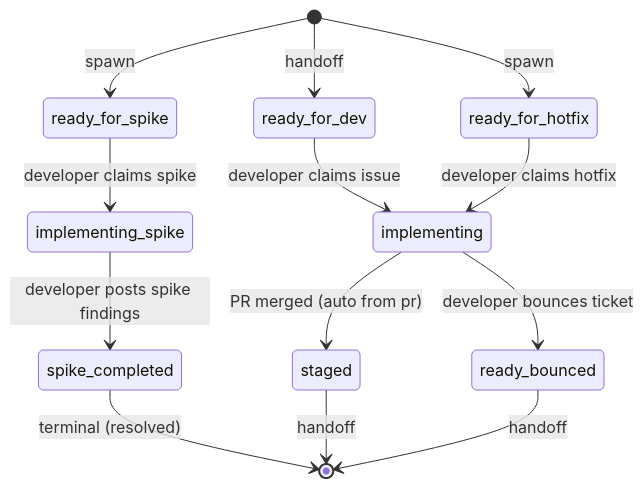
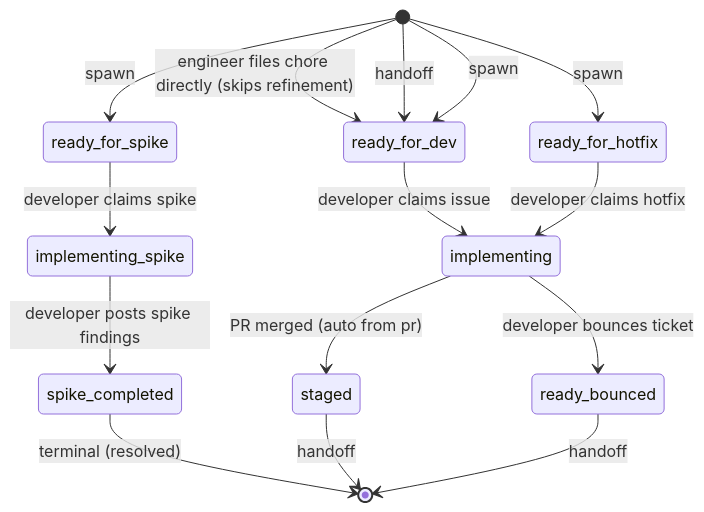
One commit to blemees/blemees-workflow changed the diagram in examples/workflows/inner-loop.md. Above: the diagram before and after it, drawn with Mermaid. The commit also changed other lines of this file and 28 other files, not shown here.

````diff
--- a/examples/workflows/inner-loop.md
+++ b/examples/workflows/inner-loop.md
@@ -18,23 +24,25 @@
 ```mermaid
 stateDiagram-v2
     direction TB
     %% Cross-process interfaces:
     %%   Handoff: ready_for_dev (shared resting state)
     %%   Handoff: staged (shared resting state)
     %%   Handoff: ready_bounced (shared resting state)
     %%   Spawn:   implementing → process pr (issue_type=pr, initial=draft)
     %%
 
+    [*] --> ready_for_dev: engineer files chore directly (skips refinement)
     ready_for_dev --> implementing: developer claims issue
     ready_for_spike --> implementing_spike: developer claims spike
     ready_for_hotfix --> implementing: developer claims hotfix
     implementing --> ready_bounced: developer bounces ticket
     implementing --> staged: PR merged (auto from pr)
     implementing_spike --> spike_completed: developer posts spike findings
     spike_completed --> [*]: terminal (resolved)
     [*] --> ready_for_dev: handoff
     staged --> [*]: handoff
     ready_bounced --> [*]: handoff
+    [*] --> ready_for_dev: spawn
     [*] --> ready_for_hotfix: spawn
     [*] --> ready_for_spike: spawn
 ```
````
